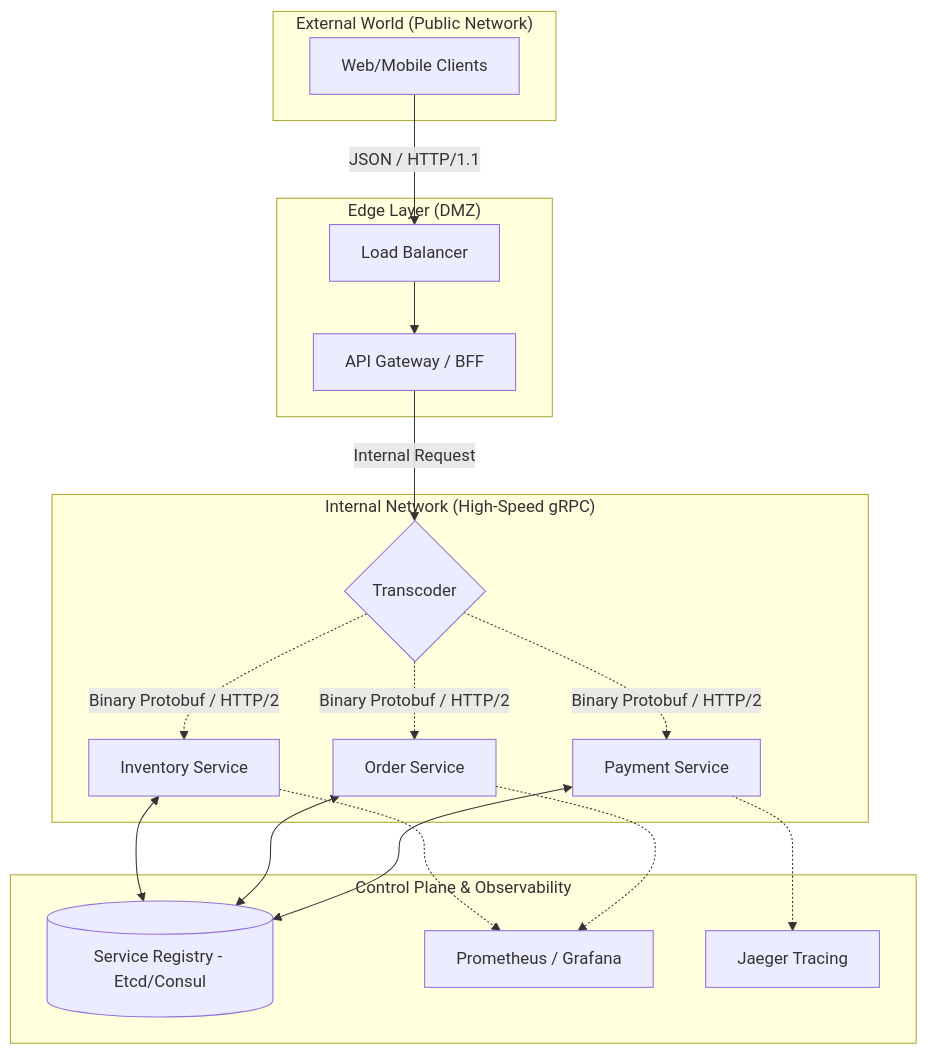
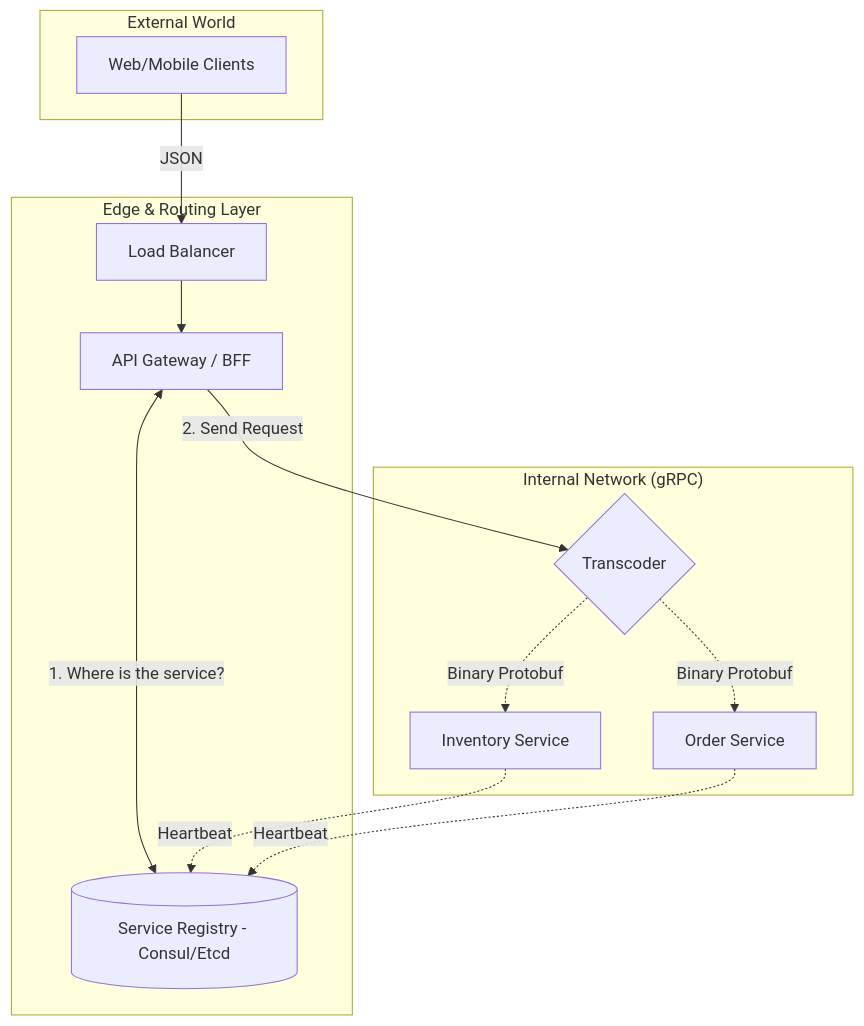
One commit to KJOSHI1081/Interview-Preparations changed the diagram in Phase I/System Design/Concepts/Service Layer Architecture.md. Above: the diagram before and after it, drawn with Mermaid.

Commit message:
Update Service Layer Architecture.md

````diff
--- a/Phase I/System Design/Concepts/Service Layer Architecture.md
+++ b/Phase I/System Design/Concepts/Service Layer Architecture.md
@@ -164,40 +164,33 @@
 ```mermaid
 graph TD
-    subgraph "External World (Public Network)"
+    subgraph "External World"
         A[Web/Mobile Clients]
     end
 
-    subgraph "Edge Layer (DMZ)"
+    subgraph "Edge & Routing Layer"
         B[Load Balancer]
         C[API Gateway / BFF]
+        H[(Service Registry - Consul/Etcd)]
     end
 
-    subgraph "Internal Network (High-Speed gRPC)"
+    subgraph "Internal Network (gRPC)"
         D{Transcoder}
         E[Inventory Service]
         F[Order Service]
-        G[Payment Service]
     end
 
-    subgraph "Control Plane & Observability"
-        H[(Service Registry - Etcd/Consul)]
-        I[Prometheus / Grafana]
-        J[Jaeger Tracing]
-    end
+    %% Data Flow
+    A -->|JSON| B
+    B --> C
+    
+    %% The "Discovery" lookup you mentioned
+    C <-->|1. Where is the service?| H
+    
+    C -->|2. Send Request| D
+    D -.->|Binary Protobuf| E
+    D -.->|Binary Protobuf| F
 
-    %% Connections
-    A -->|JSON / HTTP/1.1| B
-    B --> C
-    C -->|Internal Request| D
-    D -.->|Binary Protobuf / HTTP/2| E
-    D -.->|Binary Protobuf / HTTP/2| F
-    D -.->|Binary Protobuf / HTTP/2| G
-
-    %% Discovery & Monitoring
-    E <--> H
-    F <--> H
-    G <--> H
-    E -.-> I
-    F -.-> I
-    G -.-> J
+    %% Health Checks
+    E -.->|Heartbeat| H
+    F -.->|Heartbeat| H
 ```
````
